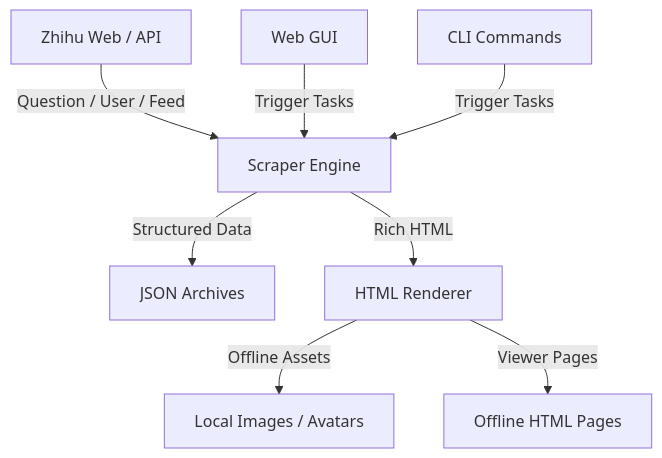
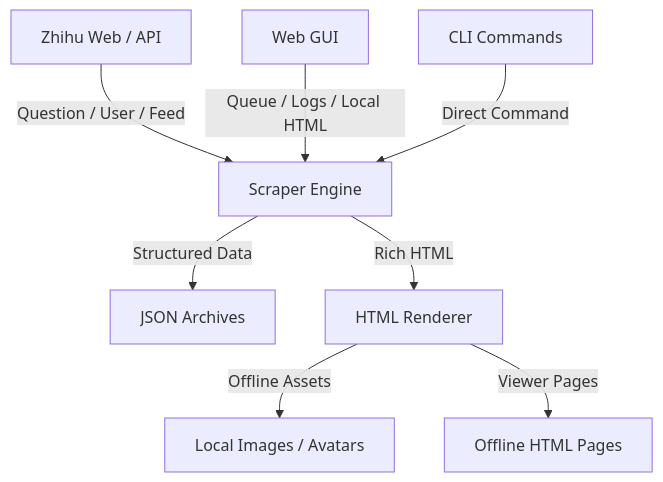
The diagram in README.md (GreatAndyC/ZhihuScraper), drawn with Mermaid before and after one commit. The commit also changed other lines of this file and 17 other files, not shown here.

First line of the commit message:
完善 GUI 队列与离线归档体验，修复本地 HTML 图片懒加载与资源复用问题

````diff
--- a/README.md
+++ b/README.md
@@ -97,10 +168,10 @@
 ```mermaid
 graph TD
     Zhihu["Zhihu Web / API"] -->|Question / User / Feed| Scraper["Scraper Engine"]
     Scraper -->|Structured Data| JSON["JSON Archives"]
     Scraper -->|Rich HTML| Renderer["HTML Renderer"]
     Renderer -->|Offline Assets| Assets["Local Images / Avatars"]
     Renderer -->|Viewer Pages| HTML["Offline HTML Pages"]
-    GUI["Web GUI"] -->|Trigger Tasks| Scraper
-    CLI["CLI Commands"] -->|Trigger Tasks| Scraper
+    GUI["Web GUI"] -->|Queue / Logs / Local HTML| Scraper
+    CLI["CLI Commands"] -->|Direct Command| Scraper
 ```
````
